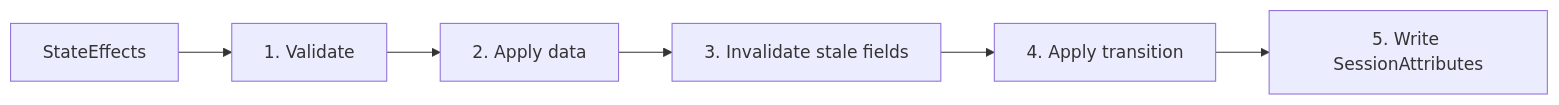
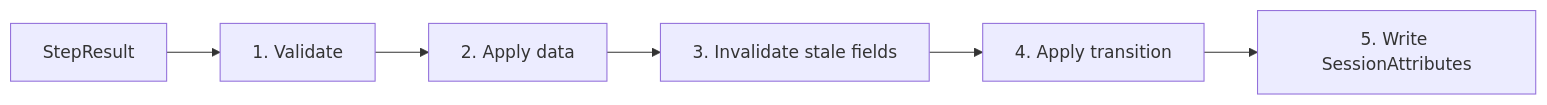
The eighth of 8 diagrams in docs/superpowers/specs/2026-06-07-intent-step-orchestration-confluence.md (fghjkl007/adk-go-company-model-integration), drawn with Mermaid before and after one commit. The commit also changed other lines of this file, not shown here.

Commit message:
docs: align demo diagrams with session attributes

````diff
--- a/docs/superpowers/specs/2026-06-07-intent-step-orchestration-confluence.md
+++ b/docs/superpowers/specs/2026-06-07-intent-step-orchestration-confluence.md
@@ -172,8 +173,8 @@
 ```mermaid
 flowchart LR
-  Effects["StateEffects"] --> Validate["1. Validate"]
+  StepResult["StepResult"] --> Validate["1. Validate"]
   Validate --> Data["2. Apply data"]
   Data --> Invalidate["3. Invalidate stale fields"]
   Invalidate --> Transition["4. Apply transition"]
   Transition --> Persist["5. Write SessionAttributes"]
 ```
````
